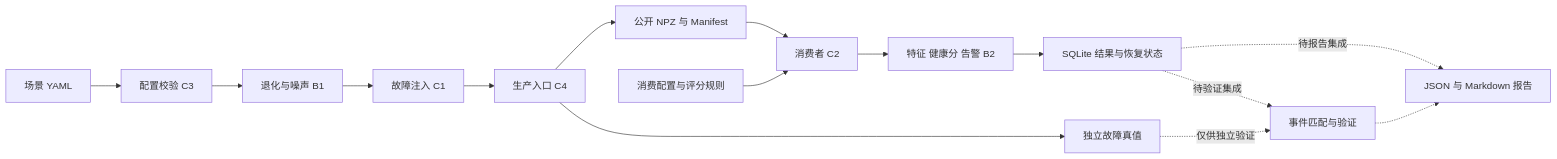
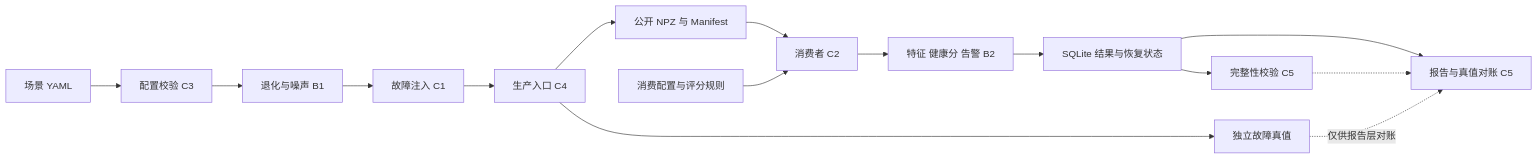
The first of 2 diagrams in docs/architecture.md (Zhu-ShuH/g15-predictive-maintenance), drawn with Mermaid before and after one commit. The commit also changed other lines of this file and 11 other files, not shown here.

````diff
--- a/docs/architecture.md
+++ b/docs/architecture.md
@@ -11,17 +11,17 @@
 ```mermaid
 flowchart LR
     SC[场景 YAML] --> CFG[配置校验 C3]
     CFG --> SIM[退化与噪声 B1]
     SIM --> FAULT[故障注入 C1]
     FAULT --> PROD[生产入口 C4]
     PROD --> RAW[公开 NPZ 与 Manifest]
     PROD --> TRUTH[独立故障真值]
     RAW --> CONS[消费者 C2]
     CC[消费配置与评分规则] --> CONS
     CONS --> ANALYSIS[特征 健康分 告警 B2]
     ANALYSIS --> DB[SQLite 结果与恢复状态]
-    DB -. 待报告集成 .-> REPORT[JSON 与 Markdown 报告]
-    TRUTH -. 仅供独立验证 .-> VERIFY[事件匹配与验证]
-    DB -. 待验证集成 .-> VERIFY
+    DB --> REPORT[报告与真值对账 C5]
+    TRUTH -. 仅供报告层对账 .-> REPORT
+    DB --> VERIFY[完整性校验 C5]
     VERIFY -.-> REPORT
 ```
````
